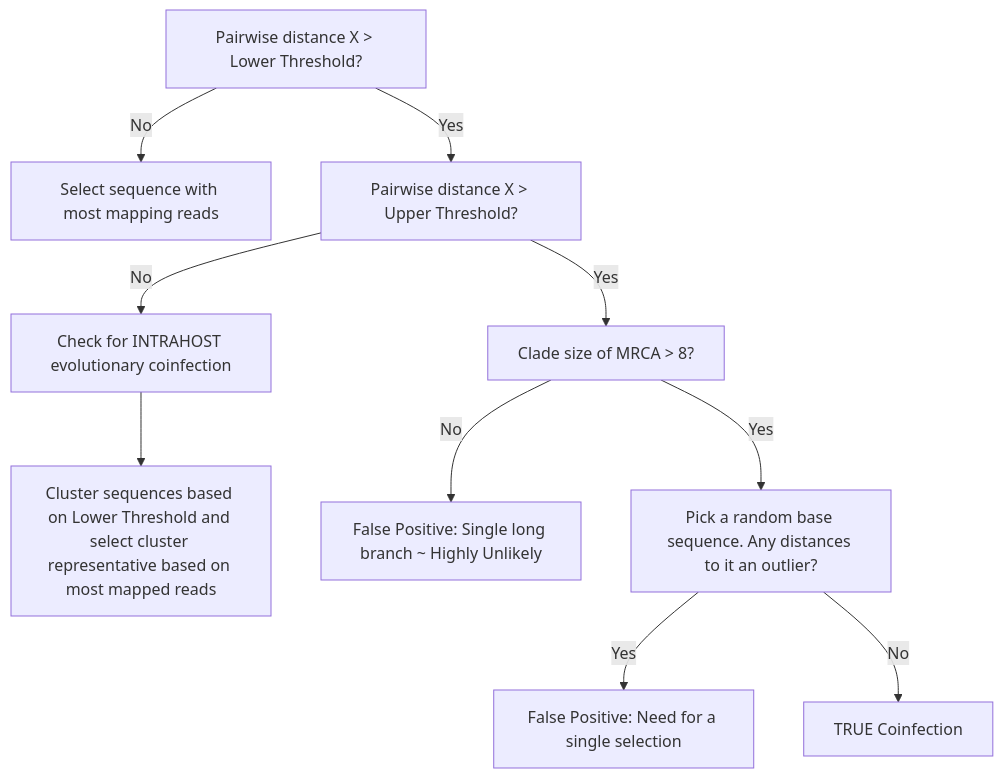
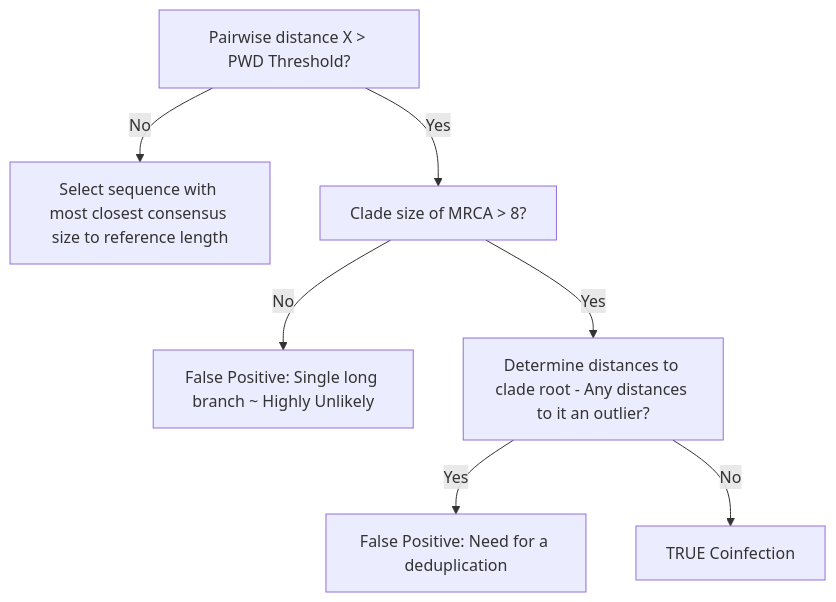
Before and after one commit to Joon-Klaps/lasvdedup: the diagram in README.md, drawn with Mermaid. The commit also changed other lines of this file and 20 other files, not shown here.

First line of the commit message:
Making it so there is only a single pairwise distance limit (#1)

````diff
--- a/README.md
+++ b/README.md
@@ -13,15 +14,11 @@
 ```mermaid
 graph TD;
-    A[Pairwise distance X > Lower Threshold?] -->|No| B[Select sequence with most mapping reads]
-    A -->|Yes| C[Pairwise distance X > Upper Threshold?]
-
-    C -->|No| D[Check for INTRAHOST evolutionary coinfection]
-    D --> J[Cluster sequences based on Lower Threshold and select cluster representative based on most mapped reads]
-    C -->|Yes| E[Clade size of MRCA > 8?]
+    A[Pairwise distance X > PWD Threshold?] -->|No| B[Select sequence with most closest consensus size to reference length]
+    A -->|Yes| E[Clade size of MRCA > 8?]
 
     E -->|No| F[False Positive: Single long branch ~ Highly Unlikely]
-    E -->|Yes| G[Pick a random base sequence. Any distances to it an outlier?]
+    E -->|Yes| G[Determine distances to clade root - Any distances to it an outlier?]
 
-    G -->|Yes| H[False Positive: Need for a single selection]
+    G -->|Yes| H[False Positive: Need for a deduplication]
     G -->|No| I[TRUE Coinfection]
 ```
````
